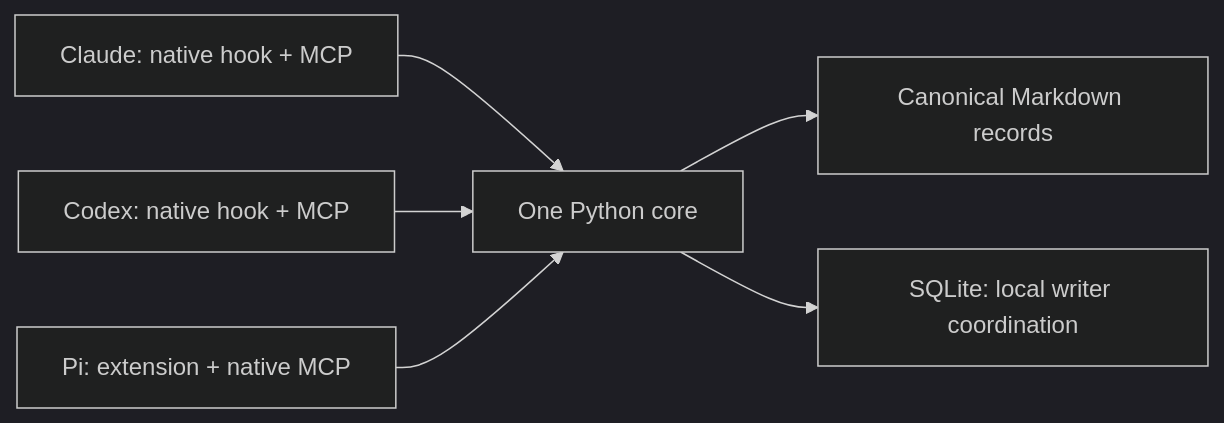
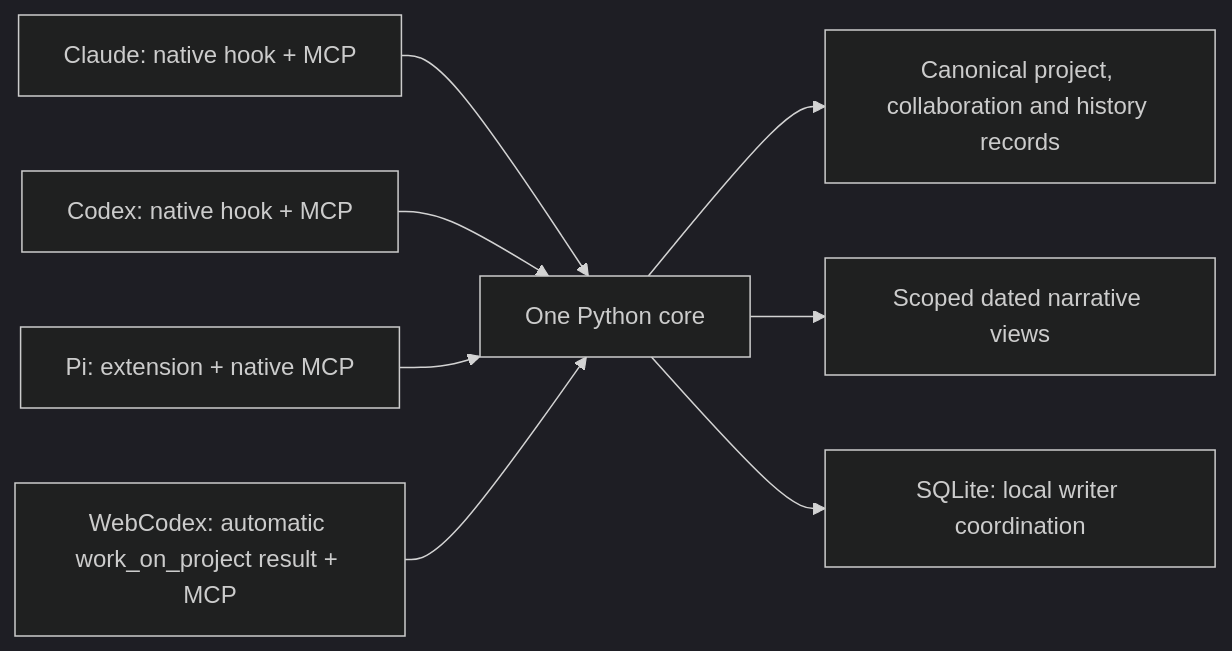
The diagram in README.md (Pein2017/shared-memory-mcp), drawn with Mermaid (dark theme) before and after one commit. The commit also changed other lines of this file and 71 other files, not shown here.

````diff
--- a/README.md
+++ b/README.md
@@ -11,8 +11,10 @@
 ```mermaid
 flowchart LR
     Claude["Claude: native hook + MCP"] --> Core["One Python core"]
     Codex["Codex: native hook + MCP"] --> Core
     Pi["Pi: extension + native MCP"] --> Core
-    Core --> MD["Canonical Markdown records"]
+    WebCodex["WebCodex: automatic work_on_project result + MCP"] --> Core
+    Core --> MD["Canonical project, collaboration and history records"]
+    Core --> Views["Scoped dated narrative views"]
     Core --> Gate["SQLite: local writer coordination"]
 ```
````
